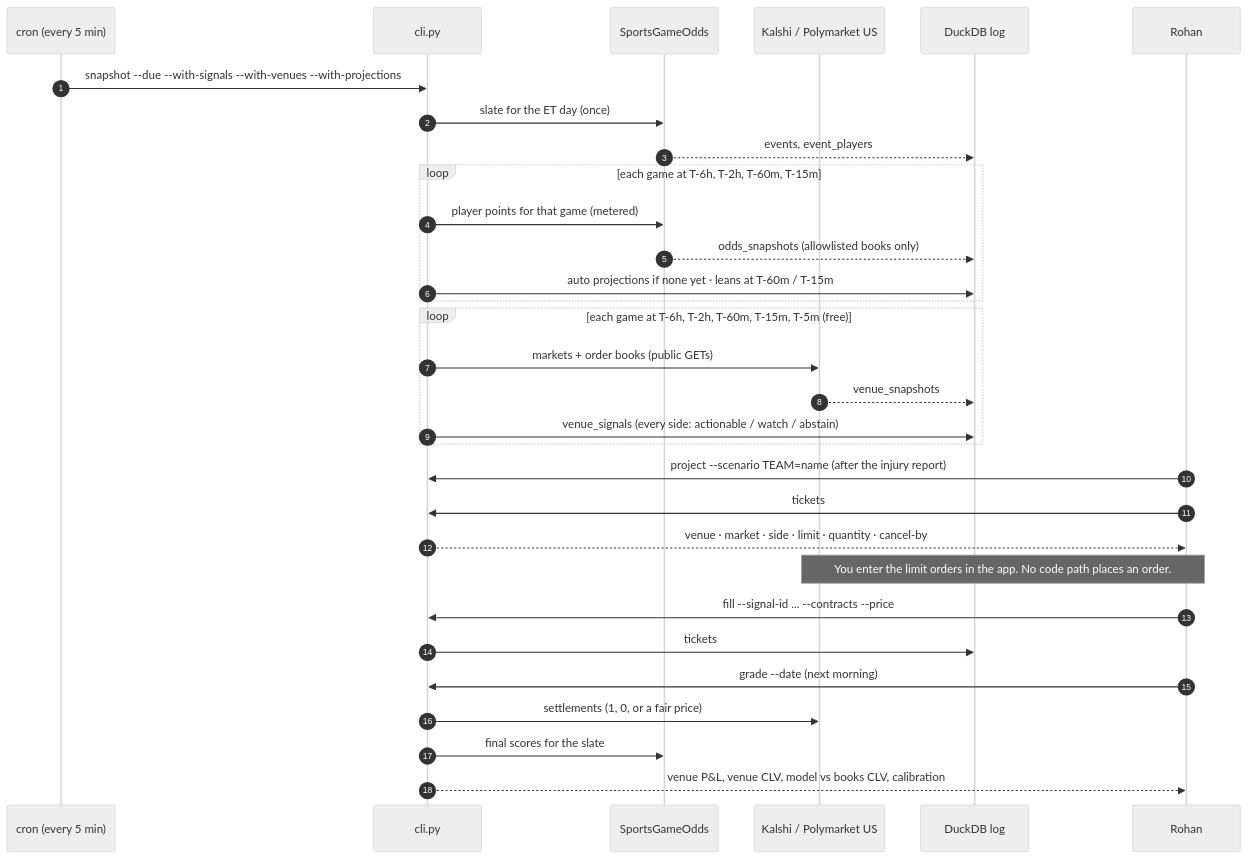
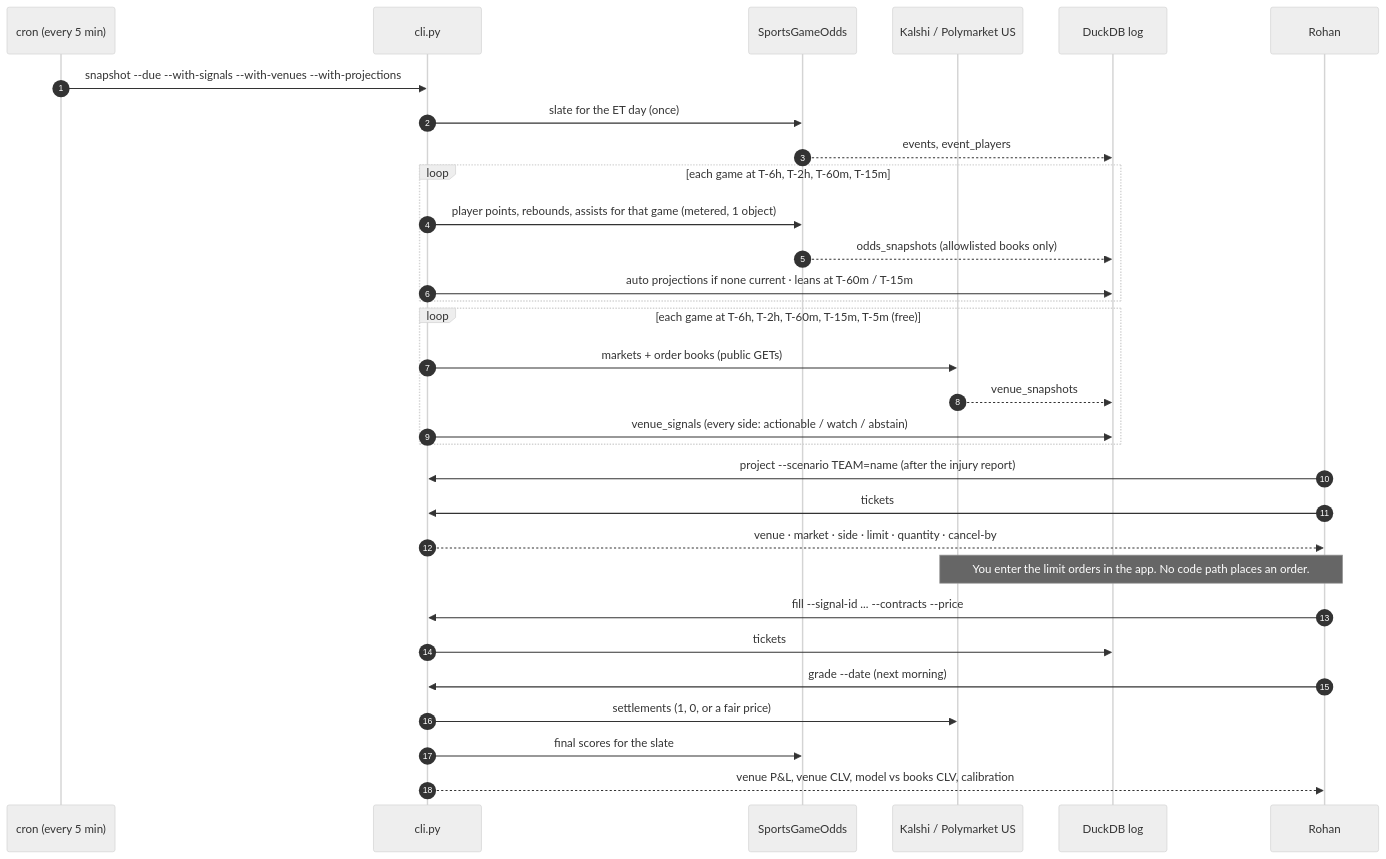
Before and after one commit to RohanRepala0/NBA_RFQ_2026_Models: the fourth of 5 diagrams in docs/ARCHITECTURE.md, drawn with Mermaid (neutral theme). The commit also changed other lines of this file and 50 other files, not shown here.

````diff
--- a/docs/ARCHITECTURE.md
+++ b/docs/ARCHITECTURE.md
@@ -146,34 +146,34 @@
 ```mermaid
 sequenceDiagram
     autonumber
     participant Cron as cron (every 5 min)
     participant CLI as cli.py
     participant SGO as SportsGameOdds
     participant Venues as Kalshi / Polymarket US
     participant DB as DuckDB log
     participant You as Rohan
 
     Cron->>CLI: snapshot --due --with-signals --with-venues --with-projections
     CLI->>SGO: slate for the ET day (once)
     SGO-->>DB: events, event_players
     loop each game at T-6h, T-2h, T-60m, T-15m
-        CLI->>SGO: player points for that game (metered)
+        CLI->>SGO: player points, rebounds, assists for that game (metered, 1 object)
         SGO-->>DB: odds_snapshots (allowlisted books only)
-        CLI->>DB: auto projections if none yet · leans at T-60m / T-15m
+        CLI->>DB: auto projections if none current · leans at T-60m / T-15m
     end
     loop each game at T-6h, T-2h, T-60m, T-15m, T-5m (free)
         CLI->>Venues: markets + order books (public GETs)
         Venues-->>DB: venue_snapshots
         CLI->>DB: venue_signals (every side: actionable / watch / abstain)
     end
     You->>CLI: project --scenario TEAM=name (after the injury report)
     You->>CLI: tickets
     CLI-->>You: venue · market · side · limit · quantity · cancel-by
     Note over Venues,You: You enter the limit orders in the app. No code path places an order.
     You->>CLI: fill --signal-id ... --contracts --price
     CLI->>DB: tickets
     You->>CLI: grade --date (next morning)
     CLI->>Venues: settlements (1, 0, or a fair price)
     CLI->>SGO: final scores for the slate
     CLI-->>You: venue P&L, venue CLV, model vs books CLV, calibration
 ```
````
